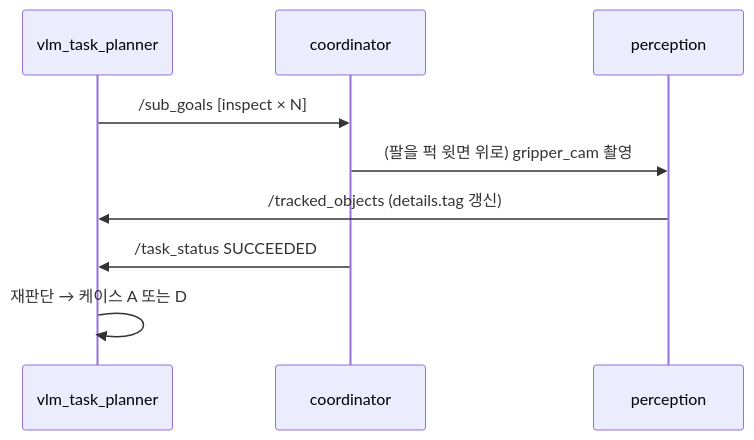
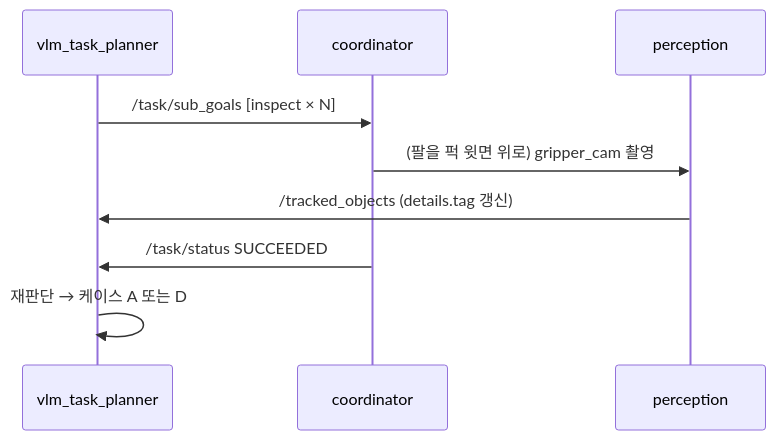
Before and after one commit to SeungHye-J/Lv2_bee_Assignment: the third of 5 diagrams in documents/mission/scenario/04-phase3-plan.md, drawn with Mermaid. The commit also changed other lines of this file and 25 other files, not shown here.

````diff
--- a/documents/mission/scenario/04-phase3-plan.md
+++ b/documents/mission/scenario/04-phase3-plan.md
@@ -82,12 +82,12 @@
 ```mermaid
 sequenceDiagram
     participant VLM as vlm_task_planner
     participant CO as coordinator
     participant P as perception
 
-    VLM->>CO: /sub_goals [inspect × N]
+    VLM->>CO: /task/sub_goals [inspect × N]
     CO->>P: (팔을 퍽 윗면 위로) gripper_cam 촬영
     P->>VLM: /tracked_objects (details.tag 갱신)
-    CO->>VLM: /task_status SUCCEEDED
+    CO->>VLM: /task/status SUCCEEDED
     VLM->>VLM: 재판단 → 케이스 A 또는 D
 ```
````
